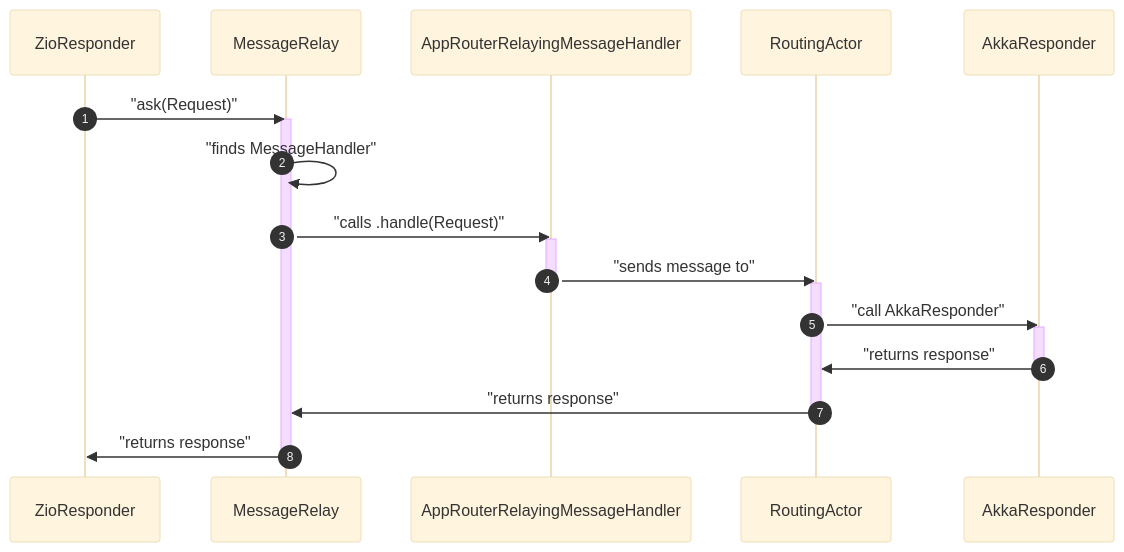
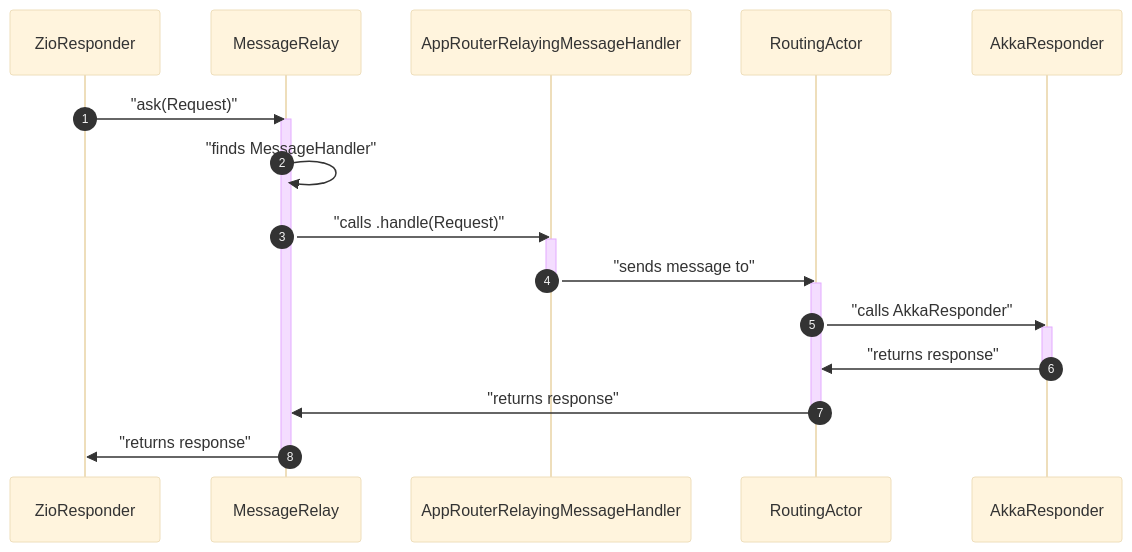
One commit to dasch-swiss/dsp-api changed the third of 5 diagrams in docs/05-internals/design/adr/ADR-0007-zio-fication-of-responders.md. Above: the diagram before and after it, drawn with Mermaid (base theme).

````diff
--- a/docs/05-internals/design/adr/ADR-0007-zio-fication-of-responders.md
+++ b/docs/05-internals/design/adr/ADR-0007-zio-fication-of-responders.md
@@ -105,20 +105,20 @@
 ```mermaid
 sequenceDiagram
     autonumber
     ZioResponder ->> MessageRelay: "ask(Request)"
     activate MessageRelay
     MessageRelay ->> MessageRelay: "finds MessageHandler"
     MessageRelay ->> AppRouterRelayingMessageHandler: "calls .handle(Request)"
     activate AppRouterRelayingMessageHandler
     AppRouterRelayingMessageHandler ->> RoutingActor: "sends message to"
     deactivate AppRouterRelayingMessageHandler
     activate RoutingActor
-    RoutingActor ->> AkkaResponder: "call AkkaResponder"
+    RoutingActor ->> AkkaResponder: "calls AkkaResponder"
     activate AkkaResponder
     AkkaResponder ->> RoutingActor: "returns response"
     deactivate AkkaResponder
     RoutingActor ->> MessageRelay: "returns response"
     deactivate RoutingActor
     MessageRelay ->> ZioResponder: "returns response"
     deactivate MessageRelay
 ```
````
